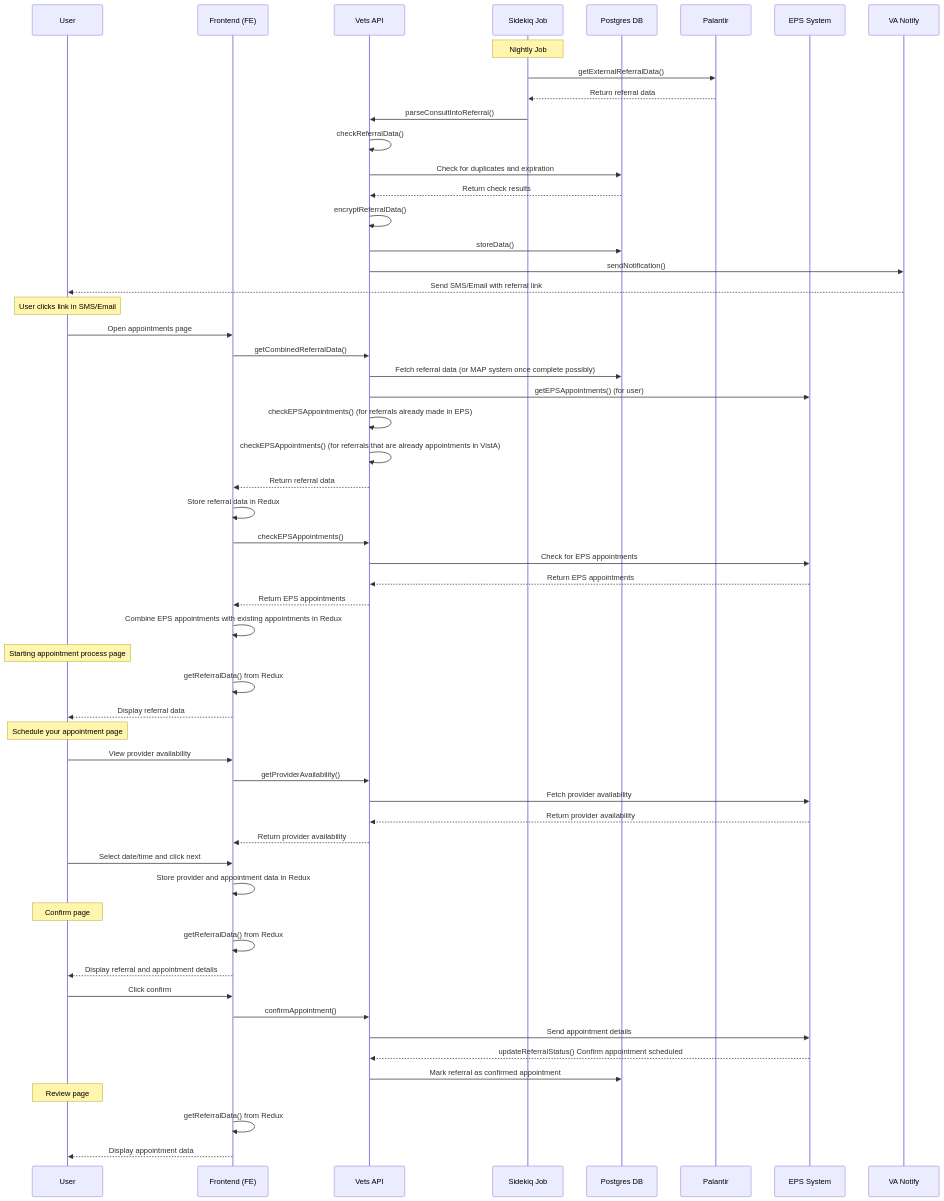
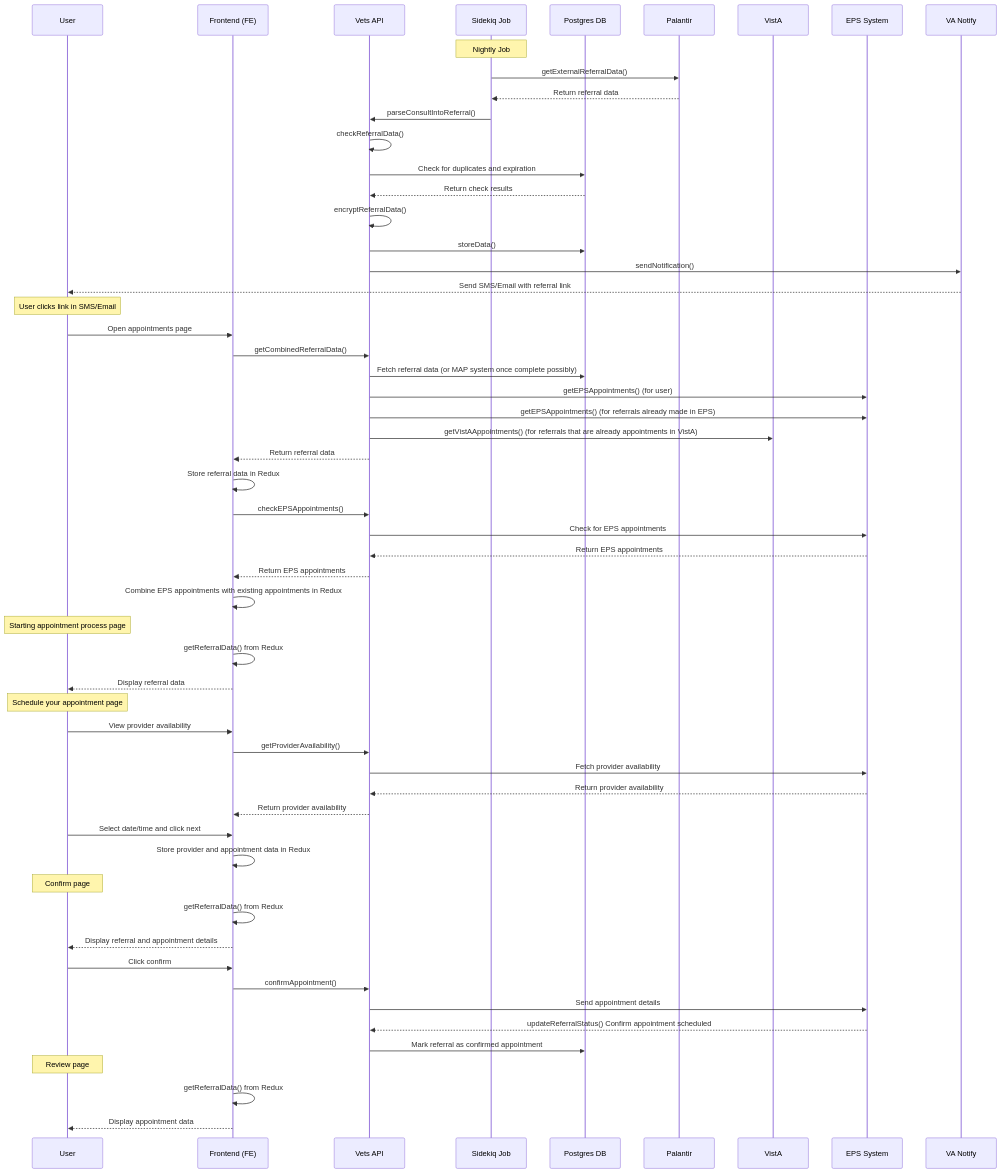
Before and after one commit to department-of-veterans-affairs/va.gov-team: the fourth of 4 diagrams in products/health-care/appointments/va-online-scheduling/engineering/architecture/community-care-technical-documentation.md, drawn with Mermaid.

````diff
--- a/products/health-care/appointments/va-online-scheduling/engineering/architecture/community-care-technical-documentation.md
+++ b/products/health-care/appointments/va-online-scheduling/engineering/architecture/community-care-technical-documentation.md
@@ -131,64 +131,65 @@
 ```mermaid
 sequenceDiagram
     participant User
     participant Frontend as Frontend (FE)
     participant VetsAPI as Vets API
     participant Sidekiq as Sidekiq Job
     participant Postgres as Postgres DB
     participant Palantir as Palantir
+    participant VistA as VistA
     participant EPS as EPS System
     participant VA as VA Notify
 
     Note over Sidekiq: Nightly Job
     Sidekiq->>Palantir: getExternalReferralData()
     Palantir-->>Sidekiq: Return referral data
     Sidekiq->>VetsAPI: parseConsultIntoReferral()
     VetsAPI->>VetsAPI: checkReferralData()
     VetsAPI->>Postgres: Check for duplicates and expiration
     Postgres-->>VetsAPI: Return check results
     VetsAPI->>VetsAPI: encryptReferralData()
     VetsAPI->>Postgres: storeData()
     VetsAPI->>VA: sendNotification()
     VA-->>User: Send SMS/Email with referral link
 
     Note over User: User clicks link in SMS/Email
     User->>Frontend: Open appointments page
     Frontend->>VetsAPI: getCombinedReferralData()
     VetsAPI->>Postgres: Fetch referral data (or MAP system once complete possibly)
     VetsAPI->>EPS: getEPSAppointments() (for user)
-    VetsAPI->>VetsAPI: checkEPSAppointments() (for referrals already made in EPS)
-    VetsAPI->>VetsAPI: checkEPSAppointments() (for referrals that are already appointments in VistA)
+    VetsAPI->>EPS: getEPSAppointments() (for referrals already made in EPS)
+    VetsAPI->>VistA: getVistAAppointments() (for referrals that are already appointments in VistA)
     VetsAPI-->>Frontend: Return referral data
     Frontend->>Frontend: Store referral data in Redux
     Frontend->>VetsAPI: checkEPSAppointments()
     VetsAPI->>EPS: Check for EPS appointments
     EPS-->>VetsAPI: Return EPS appointments
     VetsAPI-->>Frontend: Return EPS appointments
     Frontend->>Frontend: Combine EPS appointments with existing appointments in Redux
 
     Note over User: Starting appointment process page
     Frontend->>Frontend: getReferralData() from Redux
     Frontend-->>User: Display referral data
 
     Note over User: Schedule your appointment page
     User->>Frontend: View provider availability
     Frontend->>VetsAPI: getProviderAvailability()
     VetsAPI->>EPS: Fetch provider availability
     EPS-->>VetsAPI: Return provider availability
     VetsAPI-->>Frontend: Return provider availability
     User->>Frontend: Select date/time and click next
     Frontend->>Frontend: Store provider and appointment data in Redux
 
     Note over User: Confirm page
     Frontend->>Frontend: getReferralData() from Redux
     Frontend-->>User: Display referral and appointment details
     User->>Frontend: Click confirm
     Frontend->>VetsAPI: confirmAppointment()
     VetsAPI->>EPS: Send appointment details
     EPS-->>VetsAPI: updateReferralStatus() Confirm appointment scheduled
     VetsAPI->>Postgres: Mark referral as confirmed appointment
 
     Note over User: Review page
     Frontend->>Frontend: getReferralData() from Redux
     Frontend-->>User: Display appointment data
 ```
````
